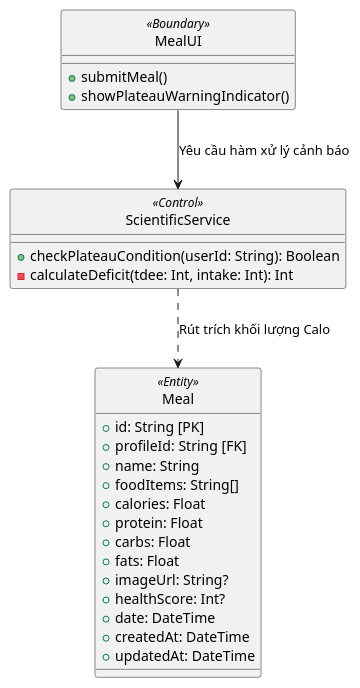
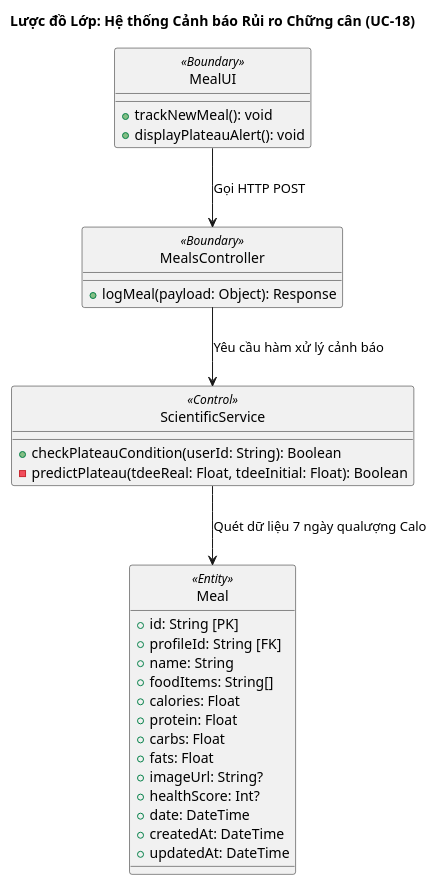
The second of 2 diagrams in docs/reports/VnV_UC18_Plateau_Prediction.md (MinhTriet0612/CalAIClone), drawn with PlantUML before and after one commit. The commit also changed other lines of this file and 23 other files, not shown here.

````diff
--- a/docs/reports/VnV_UC18_Plateau_Prediction.md
+++ b/docs/reports/VnV_UC18_Plateau_Prediction.md
@@ -93,34 +95,40 @@
 ```plantuml
 @startuml
+title Lược đồ Lớp: Hệ thống Cảnh báo Rủi ro Chững cân (UC-18)
 skinparam style strictuml
 
 class MealUI <<Boundary>> {
-    + submitMeal()
-    + showPlateauWarningIndicator()
+    + trackNewMeal(): void
+    + displayPlateauAlert(): void
+}
+
+class MealsController <<Boundary>> {
+    + logMeal(payload: Object): Response
 }
 
 class ScientificService <<Control>> {
     + checkPlateauCondition(userId: String): Boolean
-    - calculateDeficit(tdee: Int, intake: Int): Int
+    - predictPlateau(tdeeReal: Float, tdeeInitial: Float): Boolean
 }
 
 class Meal <<Entity>> {
     + id: String [PK]
     + profileId: String [FK]
     + name: String
     + foodItems: String[]
     + calories: Float
     + protein: Float
     + carbs: Float
     + fats: Float
     + imageUrl: String?
     + healthScore: Int?
     + date: DateTime
     + createdAt: DateTime
     + updatedAt: DateTime
 }
 
-MealUI --> ScientificService : Yêu cầu hàm xử lý cảnh báo
-ScientificService ..> Meal : Rút trích khối lượng Calo
+MealUI --> MealsController : Gọi HTTP POST
+MealsController --> ScientificService : Yêu cầu hàm xử lý cảnh báo
+ScientificService --> Meal : Quét dữ liệu 7 ngày qualượng Calo
 @enduml
 ```
````
